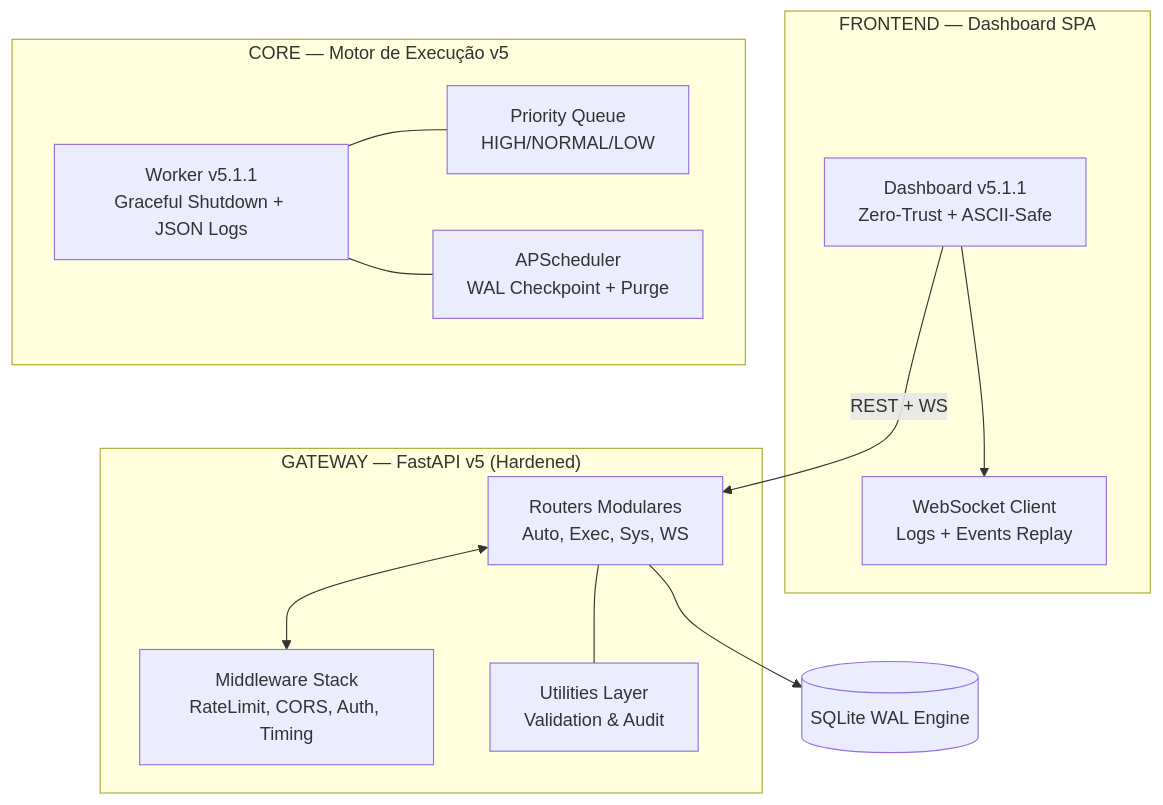
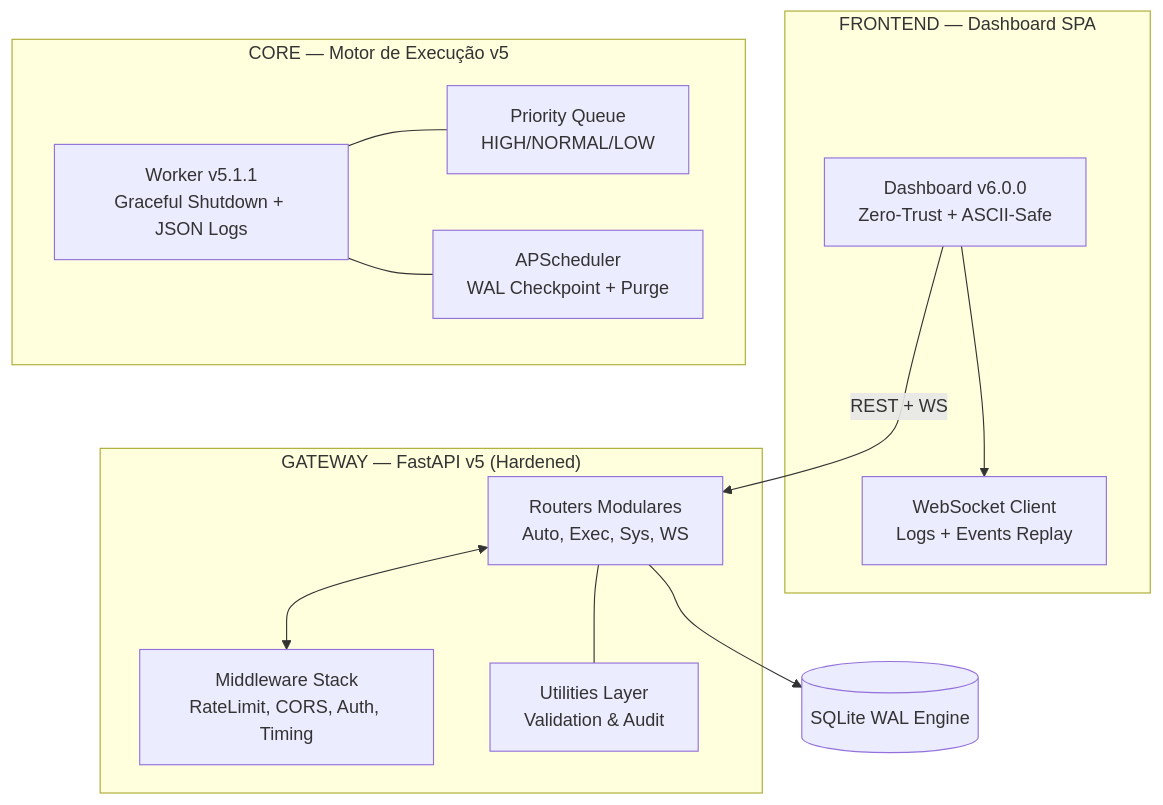
Before and after one commit to GabrielDiasNN/Automacoes-CR: the diagram in README.md, drawn with Mermaid. The commit also changed other lines of this file and 10 other files, not shown here.

````diff
--- a/README.md
+++ b/README.md
@@ -7,27 +7,27 @@
 ```mermaid
 graph TD
     subgraph "FRONTEND — Dashboard SPA"
-        UI["Dashboard v5.1.1<br/>Zero-Trust + ASCII-Safe"]
+        UI["Dashboard v6.0.0<br/>Zero-Trust + ASCII-Safe"]
         WS_CLIENT["WebSocket Client<br/>Logs + Events Replay"]
         UI --> WS_CLIENT
     end
 
     subgraph "GATEWAY — FastAPI v5 (Hardened)"
         ROUTERS["Routers Modulares<br/>Auto, Exec, Sys, WS"]
         MIDDLEWARE["Middleware Stack<br/>RateLimit, CORS, Auth, Timing"]
         UTILS["Utilities Layer<br/>Validation & Audit"]
         ROUTERS <--> MIDDLEWARE
         ROUTERS --- UTILS
     end
 
     subgraph "CORE — Motor de Execução v5"
         WORKER["Worker v5.1.1<br/>Graceful Shutdown + JSON Logs"]
         PRIORITY["Priority Queue<br/>HIGH/NORMAL/LOW"]
         SCHEDULER["APScheduler<br/>WAL Checkpoint + Purge"]
         WORKER --- PRIORITY
         WORKER --- SCHEDULER
     end
 
     UI -->|REST + WS| ROUTERS
     ROUTERS --> DB[(SQLite WAL Engine)]
 ```
````
